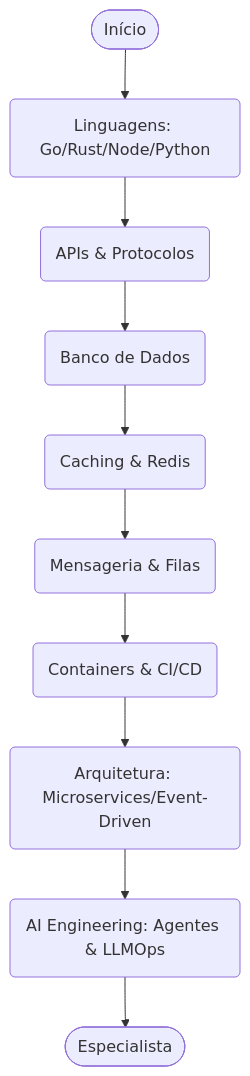
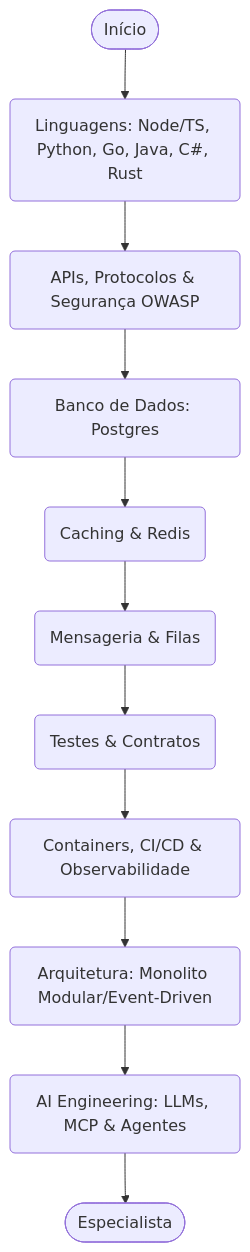
Before and after one commit to juninmd/roadmap-developer: the diagram in roadmaps/backend/backend.md, drawn with Mermaid. The commit also changed other lines of this file and 22 other files, not shown here.

````diff
--- a/roadmaps/backend/backend.md
+++ b/roadmaps/backend/backend.md
@@ -5,12 +5,13 @@
 ```mermaid
 flowchart TD
-    Start([Início]) --> Lang(Linguagens: Go/Rust/Node/Python)
-    Lang --> API(APIs & Protocolos)
-    API --> DB(Banco de Dados)
+    Start([Início]) --> Lang(Linguagens: Node/TS, Python, Go, Java, C#, Rust)
+    Lang --> API(APIs, Protocolos & Segurança OWASP)
+    API --> DB(Banco de Dados: Postgres)
     DB --> Cache(Caching & Redis)
     Cache --> Async(Mensageria & Filas)
-    Async --> DevOps(Containers & CI/CD)
-    DevOps --> Arch(Arquitetura: Microservices/Event-Driven)
-    Arch --> AI(AI Engineering: Agentes & LLMOps)
+    Async --> Test(Testes & Contratos)
+    Test --> DevOps(Containers, CI/CD & Observabilidade)
+    DevOps --> Arch(Arquitetura: Monolito Modular/Event-Driven)
+    Arch --> AI(AI Engineering: LLMs, MCP & Agentes)
     AI --> Spec([Especialista])
 ```
````
